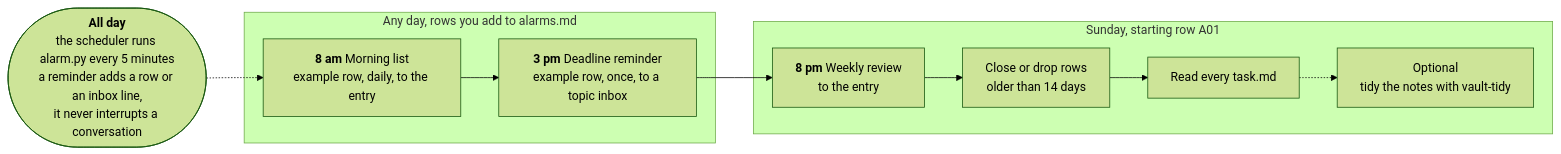
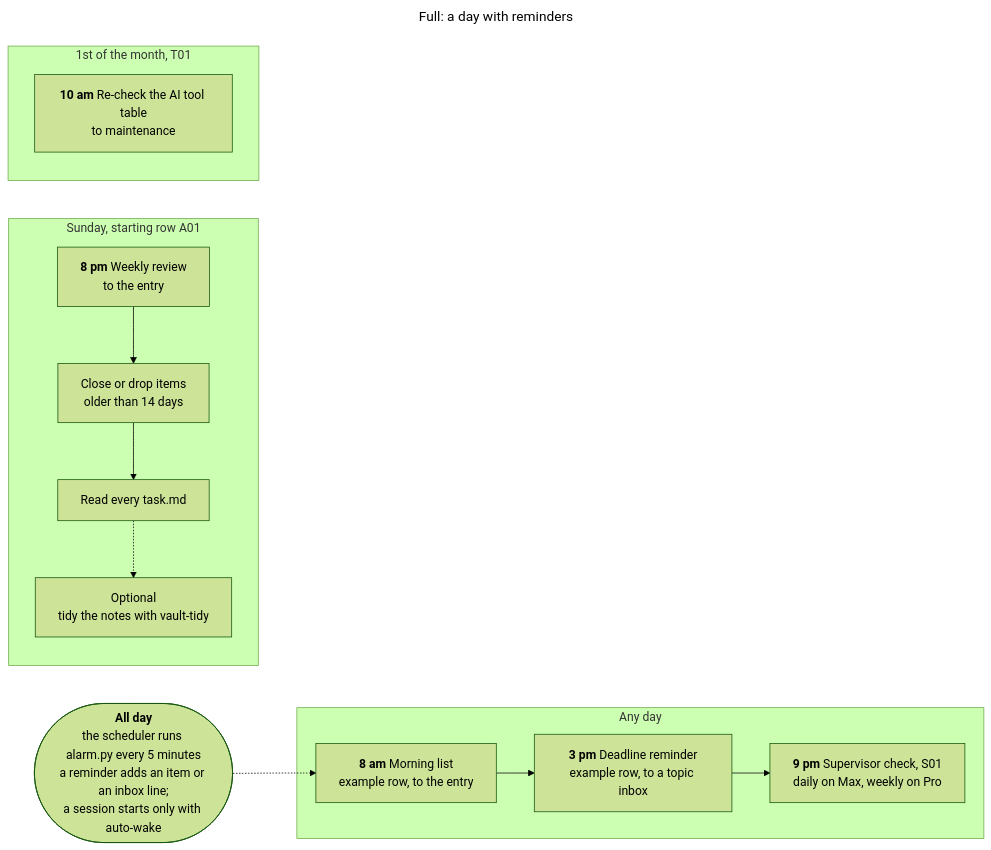
The fourth of 6 diagrams in docs/ADVANCED.md (0Smallcat0/second-brain-kit), drawn with Mermaid (forest theme) before and after one commit. The commit also changed other lines of this file and 48 other files, not shown here.

Commit message:
0.2.4: Full-plan labels, tracker wording, fixed entry/supervisor/maintenance sessions, plan-based wake choice

````diff
--- a/docs/ADVANCED.md
+++ b/docs/ADVANCED.md
@@ -121,13 +173,19 @@
 ```mermaid
+---
+title: "Full: a day with reminders"
+---
 flowchart LR
-  Tick(["<b>All day</b><br/>the scheduler runs alarm.py every 5 minutes<br/>a reminder adds a row or an inbox line,<br/>it never interrupts a conversation"])
+  Tick(["<b>All day</b><br/>the scheduler runs alarm.py every 5 minutes<br/>a reminder adds an item or an inbox line;<br/>a session starts only with auto-wake"])
   Tick -.-> M
-  subgraph Day["Any day, rows you add to alarms.md"]
-    M["<b>8 am</b> Morning list<br/>example row, daily, to the entry"] --> R["<b>3 pm</b> Deadline reminder<br/>example row, once, to a topic inbox"]
+  subgraph Day["Any day"]
+    M["<b>8 am</b> Morning list<br/>example row, to the entry"] --> R["<b>3 pm</b> Deadline reminder<br/>example row, to a topic inbox"]
+    R --> SV["<b>9 pm</b> Supervisor check, S01<br/>daily on Max, weekly on Pro"]
   end
-  R --> W
   subgraph Sun["Sunday, starting row A01"]
-    W["<b>8 pm</b> Weekly review<br/>to the entry"] --> W1["Close or drop rows<br/>older than 14 days"] --> W2["Read every task.md"]
+    W["<b>8 pm</b> Weekly review<br/>to the entry"] --> W1["Close or drop items<br/>older than 14 days"] --> W2["Read every task.md"]
     W2 -.-> W3["Optional<br/>tidy the notes with vault-tidy"]
   end
+  subgraph Month["1st of the month, T01"]
+    T1["<b>10 am</b> Re-check the AI tool table<br/>to maintenance"]
+  end
 ```
````
